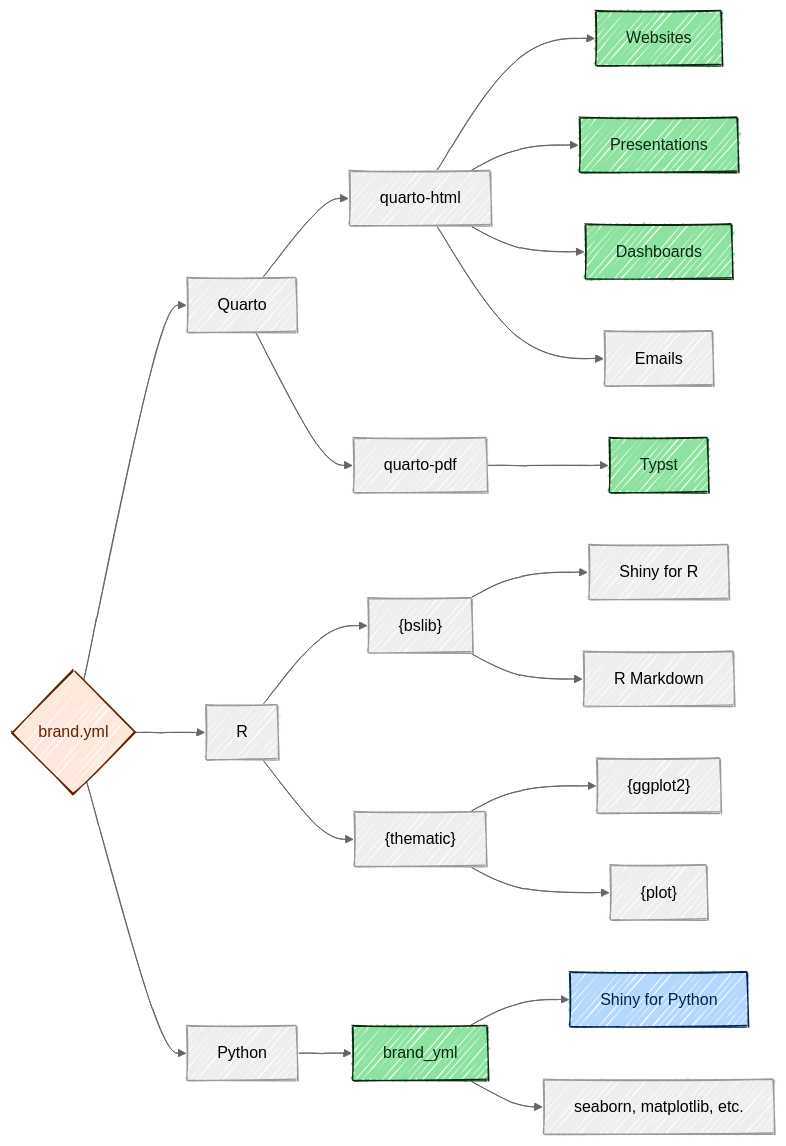
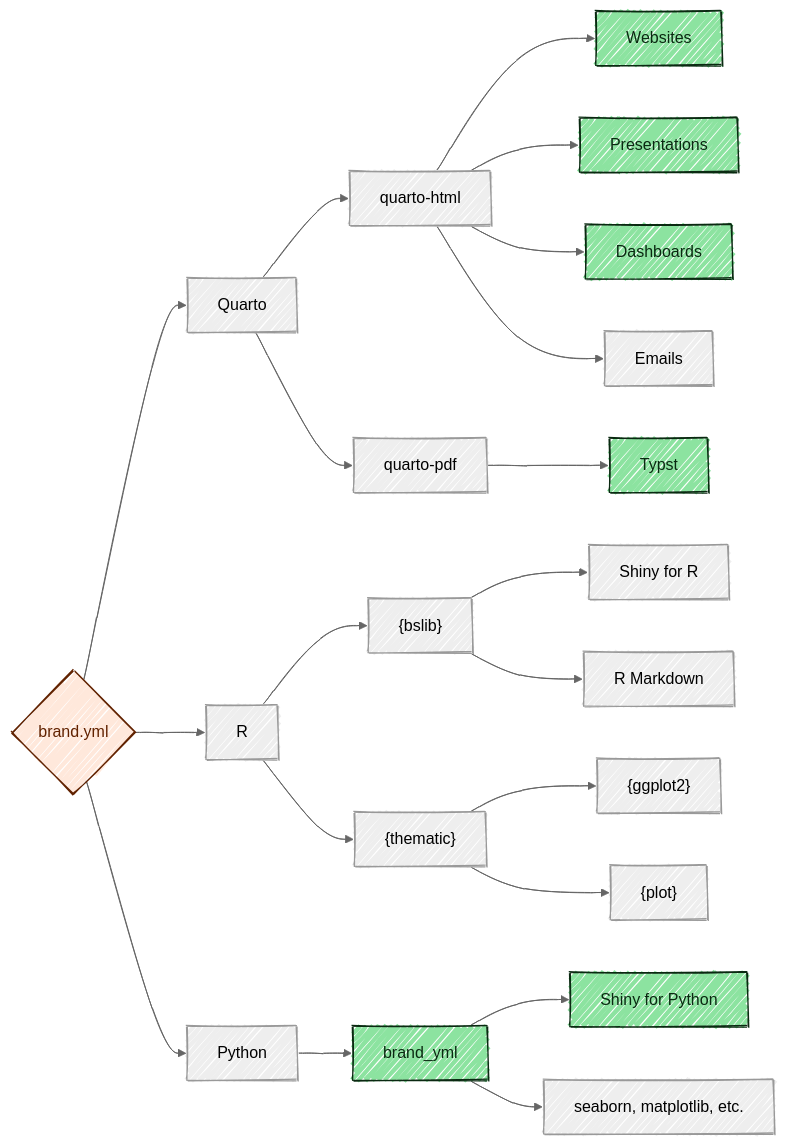
One commit to posit-dev/brand-yml changed the diagram in docs/index.qmd. Above: the diagram before and after it, drawn with Mermaid. The commit also changed other lines of this file, not shown here.

Commit message:
docs: call it implemeted in shiny for python

````diff
--- a/docs/index.qmd
+++ b/docs/index.qmd
@@ -32,49 +32,49 @@
 ```{mermaid}
 ---
 config:
   look: handDrawn
   theme: neutral
 ---
 flowchart LR
     by{brand.yml}
     by-->quarto[Quarto]
     quarto-->quarto-html
     quarto-->quarto-pdf
     quarto-html-->quarto-websites[Websites]
     quarto-html-->quarto-presentations[Presentations]
     quarto-html-->quarto-dashboards[Dashboards]
     quarto-html-->quarto-emails[Emails]
     quarto-pdf-->quarto-typst[Typst]
 
     by-->R
     R-->r-bslib["{bslib}"]
     R-->r-thematic["{thematic}"]
     r-bslib-->r-shiny["Shiny for R"]
     r-bslib-->r-rmd["R Markdown"]
     r-thematic-->r-ggplot2["{ggplot2}"]
     r-thematic-->r-plot["{plot}"]
 
     by-->Python
     Python-->py-brand_yml["brand_yml"]
     py-brand_yml-->py-shiny[Shiny for Python]
     py-brand_yml-->py-seaborn[seaborn, matplotlib, etc.]
 
     classDef implemented fill:#8CE3A0,stroke:#0A2911,color:#0A2911;
     class quarto-websites,quarto-presentations,quarto-dashboards,quarto-typst,py-brand_yml implemented;
     classDef in-progress fill:#B3D7FF,stroke:#00254D,color:#00254D;
-    class py-shiny in-progress;
+    class py-shiny implemented;
     classDef highlighted fill:#FFE8DB,stroke:#612200,color:#612200;
     class by highlighted;
 
     click quarto href "https://quarto.org/"
     click quarto-typst href "https://quarto.org/docs/output-formats/typst.html" "Typst in Quarto"
     click quarto-presentations href "https://quarto.org/docs/presentations/revealjs/" "Reveal.js in Quarto"
     click quarto-dashboards href "https://quarto.org/docs/dashboards/" "Dashboards in Quarto"
     click r-shiny href "https://shiny.posit.co/"
     click r-bslib href "https://rstudio.github.io/bslib/"
     click r-thematic href "https://rstudio.github.io/thematic/"
     click r-ggplot2 href "https://ggplot2.tidyverse.org/"
     click r-rmd href "https://rmarkdown.rstudio.com/"
     click py-shiny href "https://shiny.posit.co/py/"
     click py-brand_yml href "pkg/py/"
 ```
````
